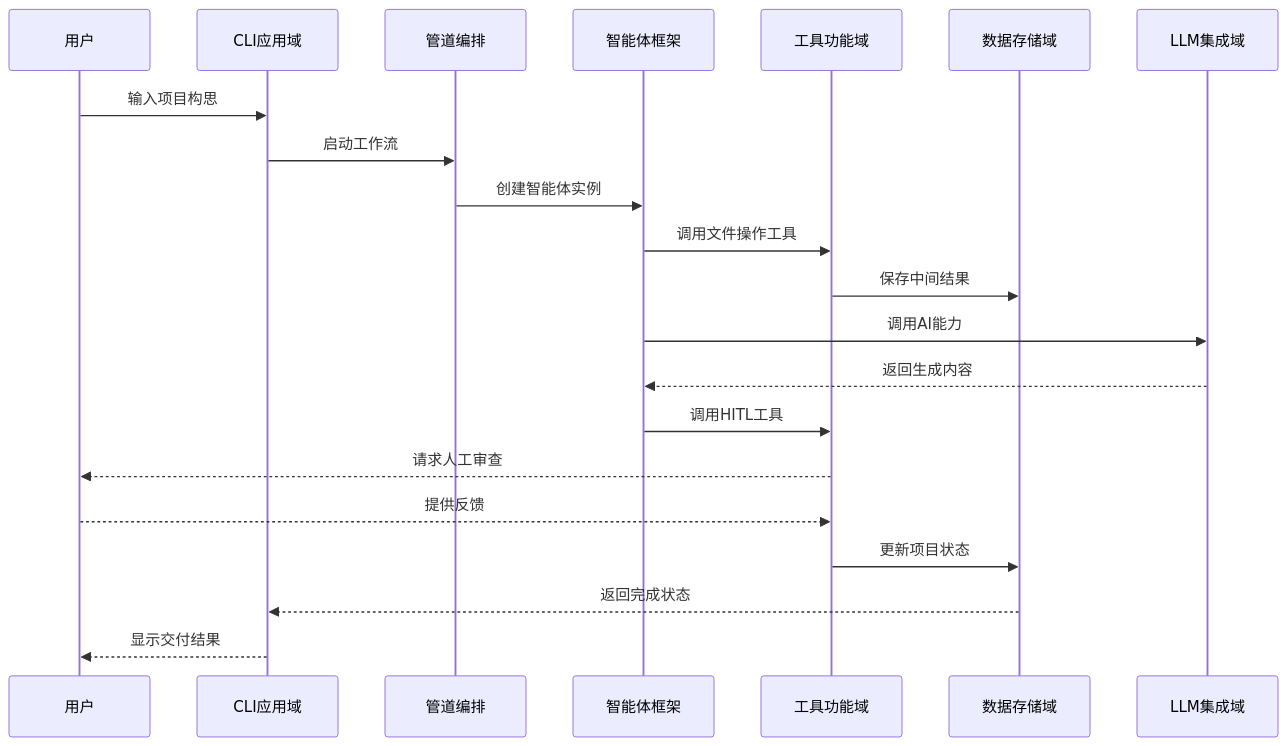
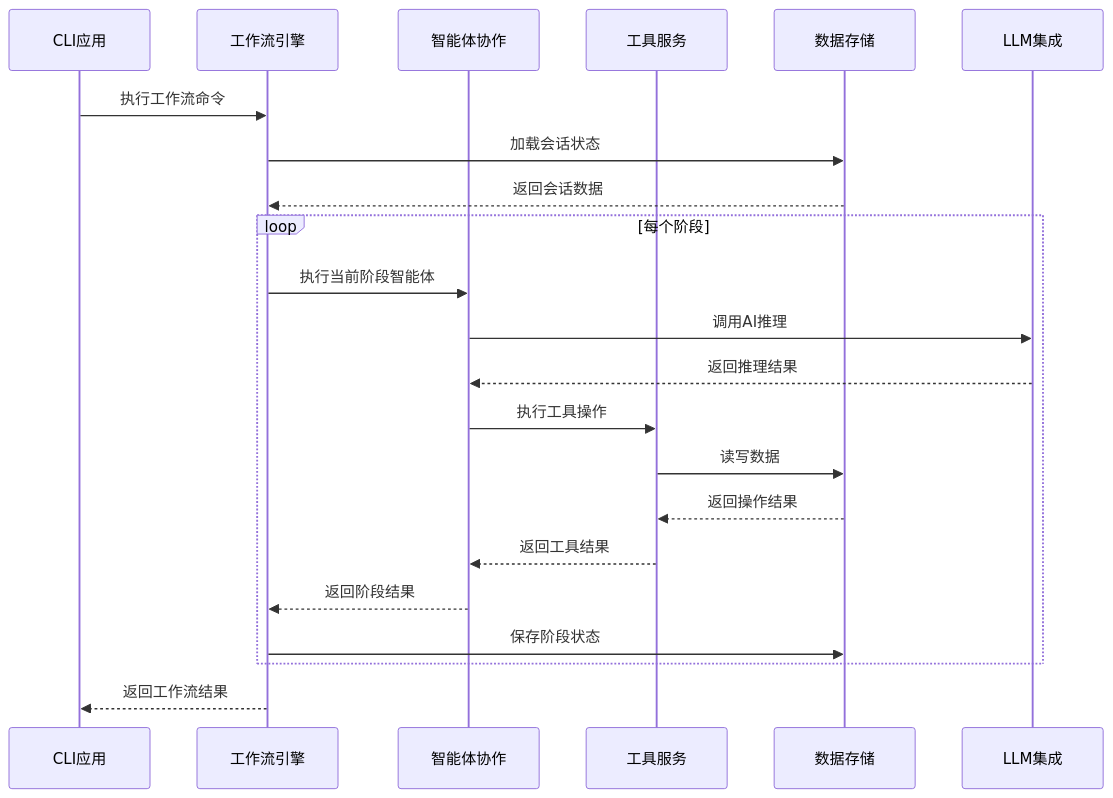
Before and after one commit to sopaco/cowork-forge: the fifth of 11 diagrams in litho.docs/zh/2、架构概览.md, drawn with Mermaid. The commit also changed other lines of this file and 26 other files, not shown here.

````diff
--- a/litho.docs/zh/2、架构概览.md
+++ b/litho.docs/zh/2、架构概览.md
@@ -239,24 +257,27 @@
 ```mermaid
 sequenceDiagram
-    participant User as 用户
-    participant CLI as CLI应用域
-    participant Pipeline as 管道编排
-    participant Agent as 智能体框架
-    participant Tools as 工具功能域
-    participant Storage as 数据存储域
-    participant LLM as LLM集成域
+    participant CLI as CLI应用
+    participant WF as 工作流引擎
+    participant Agent as 智能体协作
+    participant Tool as 工具服务
+    participant Storage as 数据存储
+    participant LLM as LLM集成
     
-    User->>CLI: 输入项目构思
-    CLI->>Pipeline: 启动工作流
-    Pipeline->>Agent: 创建智能体实例
-    Agent->>Tools: 调用文件操作工具
-    Tools->>Storage: 保存中间结果
-    Agent->>LLM: 调用AI能力
-    LLM-->>Agent: 返回生成内容
-    Agent->>Tools: 调用HITL工具
-    Tools-->>User: 请求人工审查
-    User-->>Tools: 提供反馈
-    Tools->>Storage: 更新项目状态
-    Storage-->>CLI: 返回完成状态
-    CLI-->>User: 显示交付结果
+    CLI->>WF: 执行工作流命令
+    WF->>Storage: 加载会话状态
+    Storage-->>WF: 返回会话数据
+    
+    loop 每个阶段
+        WF->>Agent: 执行当前阶段智能体
+        Agent->>LLM: 调用AI推理
+        LLM-->>Agent: 返回推理结果
+        Agent->>Tool: 执行工具操作
+        Tool->>Storage: 读写数据
+        Storage-->>Tool: 返回操作结果
+        Tool-->>Agent: 返回工具结果
+        Agent-->>WF: 返回阶段结果
+        WF->>Storage: 保存阶段状态
+    end
+    
+    WF-->>CLI: 返回工作流结果
 ```
````
